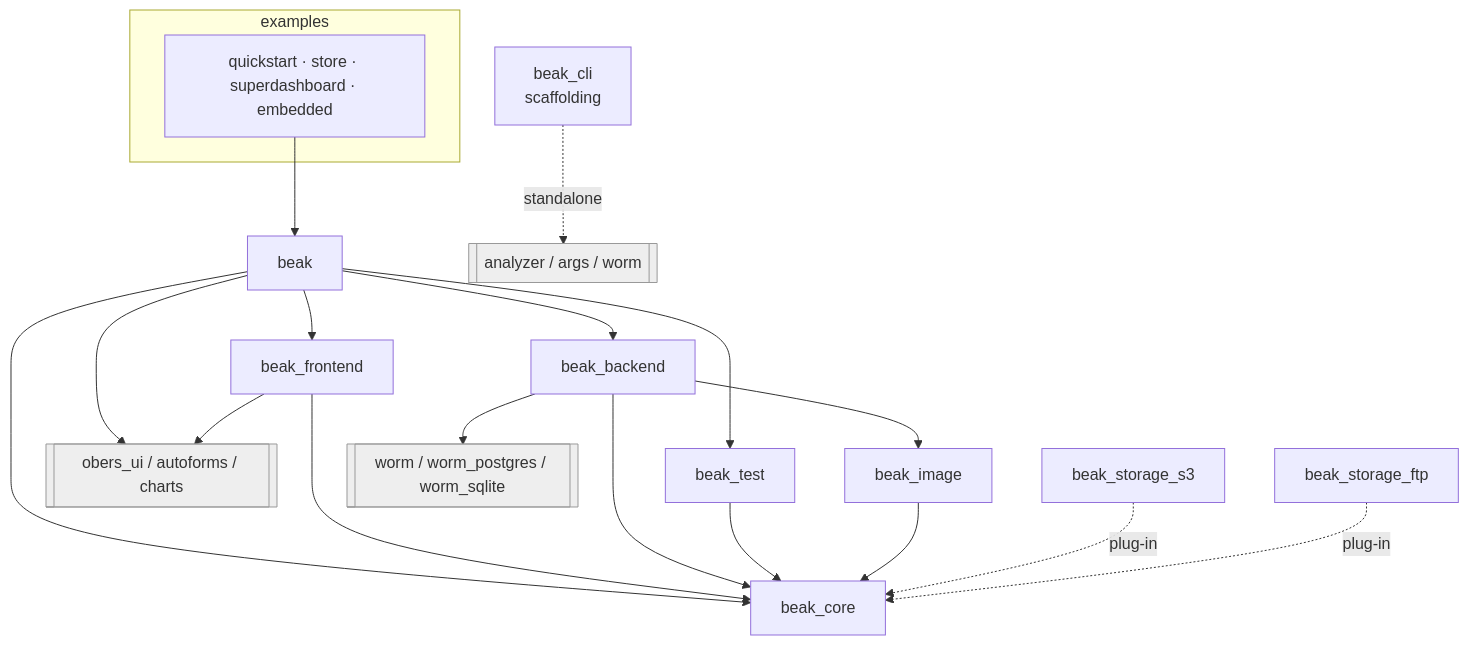
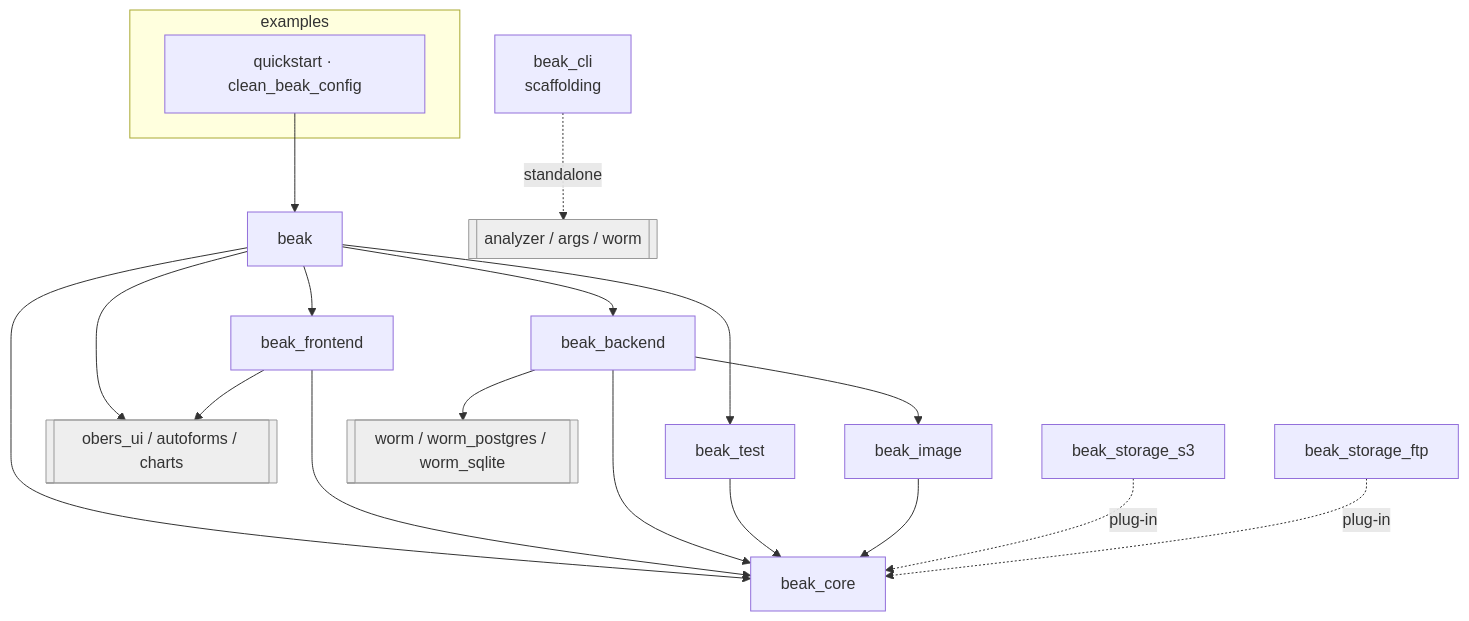
One commit to SimonErich/beak changed the diagram in docs/architecture/package-graph.md. Above: the diagram before and after it, drawn with Mermaid. The commit also changed other lines of this file and 1157 other files, not shown here.

First line of the commit message:
feat: declarative resources, graph commits and the serverpod bridge (baseline)

````diff
--- a/docs/architecture/package-graph.md
+++ b/docs/architecture/package-graph.md
@@ -14,32 +14,32 @@
 ```mermaid
 flowchart TD
   subgraph examples
-    EX[quickstart · store · superdashboard · embedded]
+    EX[quickstart · clean_beak_config]
   end
 
   EX --> UMB[beak]
 
   UMB --> CORE[beak_core]
   UMB --> FE[beak_frontend]
   UMB --> BE[beak_backend]
   UMB --> TEST[beak_test]
   UMB --> OBERS[[obers_ui / autoforms / charts]]
 
   FE --> CORE
   FE --> OBERS
 
   BE --> CORE
   BE --> IMG[beak_image]
   BE --> WORM[[worm / worm_postgres / worm_sqlite]]
 
   TEST --> CORE
   IMG --> CORE
 
   S3[beak_storage_s3] -.->|plug-in| CORE
   FTP[beak_storage_ftp] -.->|plug-in| CORE
 
   CLI[beak_cli<br/>scaffolding] -.->|standalone| ANALYZER[[analyzer / args / worm]]
 
   classDef ext fill:#eee,stroke:#999,color:#333;
   class OBERS,WORM,ANALYZER ext;
 ```
````
